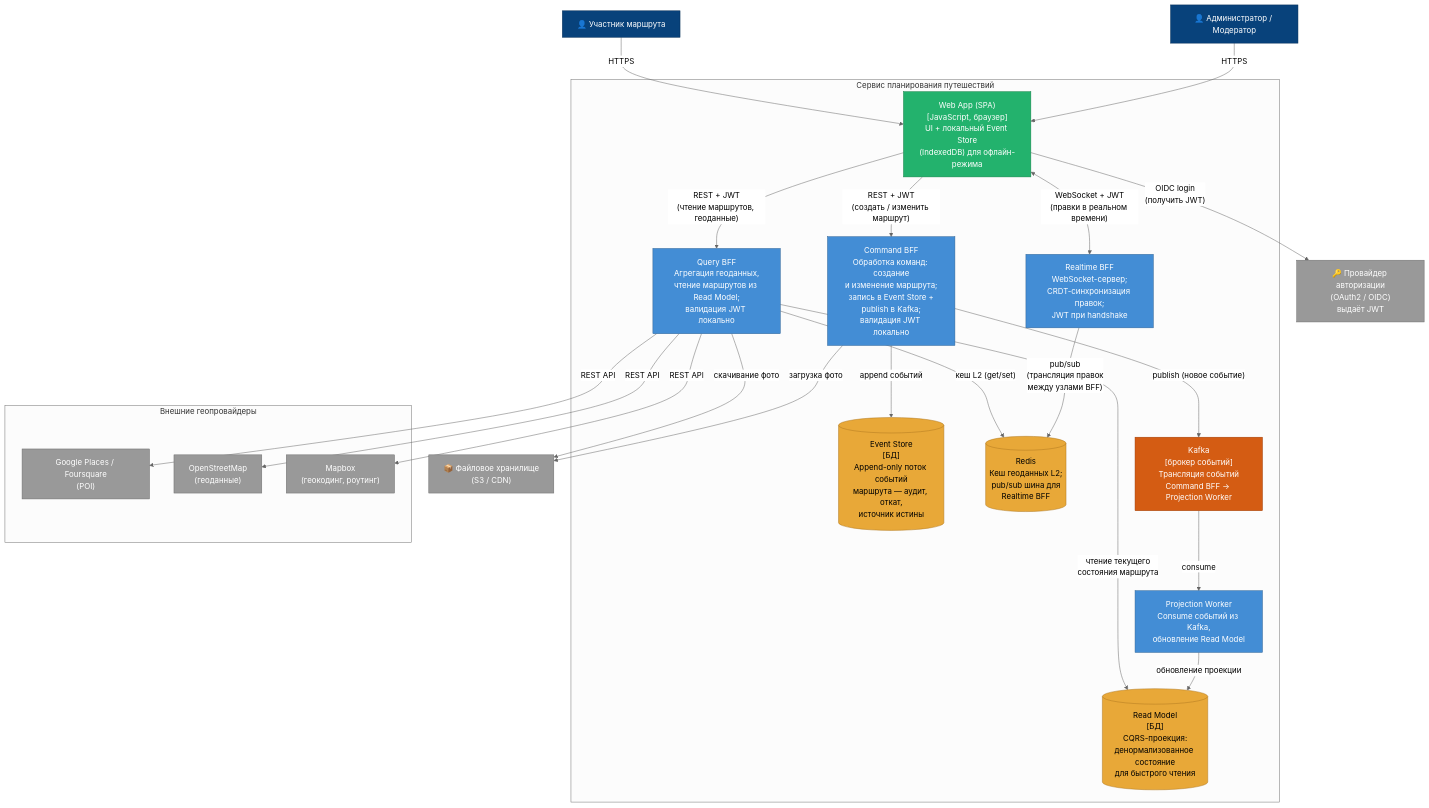
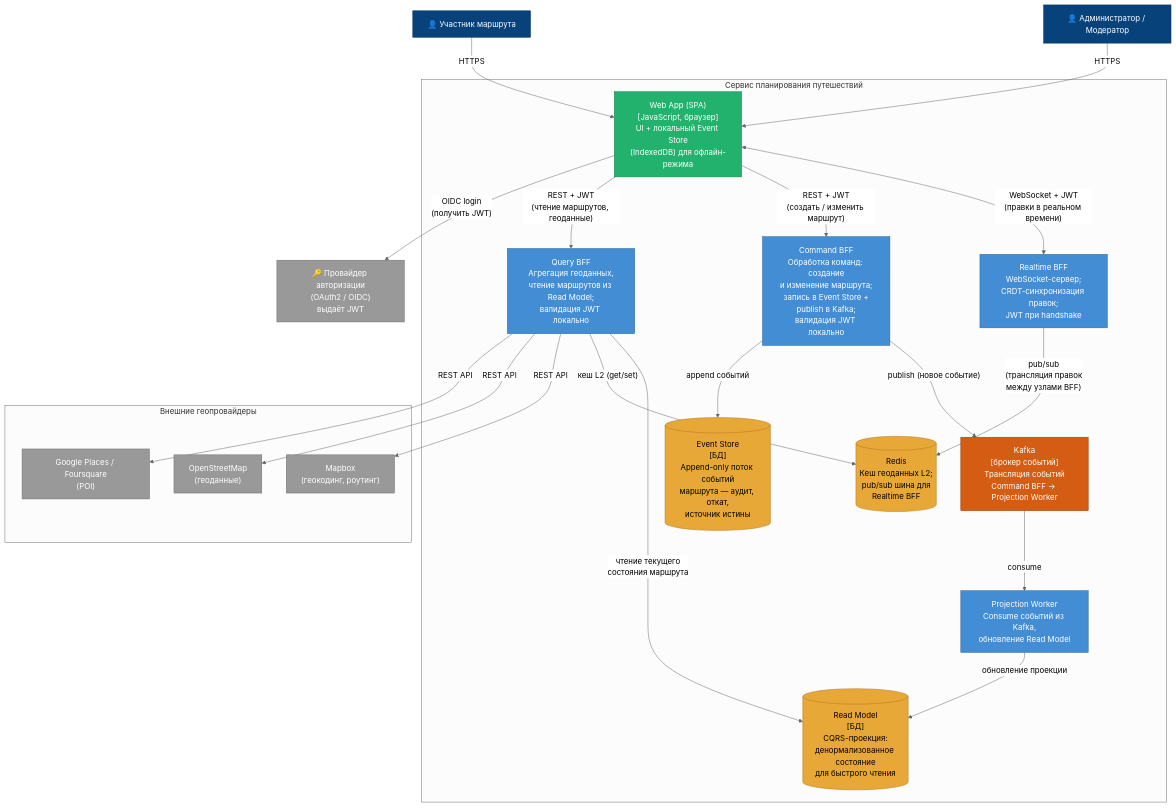
The diagram in docs/views/c4-container.md (SeGeGha/otus-architecture), drawn with Mermaid (neutral theme) before and after one commit. The commit also changed other lines of this file and 1 other file, not shown here.

Commit message:
docs: update c4-container and c4-context to remove references to storage

````diff
--- a/docs/views/c4-container.md
+++ b/docs/views/c4-container.md
@@ -7,71 +7,68 @@
 ```mermaid
 flowchart TB
     user["👤 Участник маршрута"]
     admin["👤 Администратор / Модератор"]
 
     subgraph system["Сервис планирования путешествий"]
         spa["Web App (SPA)\n[JavaScript, браузер]\nUI + локальный Event Store\n(IndexedDB) для офлайн-режима"]
 
         qbff["Query BFF\nАгрегация геоданных,\nчтение маршрутов из Read Model;\nвалидация JWT локально"]
 
         cbff["Command BFF\nОбработка команд: создание\nи изменение маршрута;\nзапись в Event Store +\npublish в Kafka;\nвалидация JWT локально"]
 
         projector["Projection Worker\nConsume событий из Kafka,\nобновление Read Model"]
 
         rbff["Realtime BFF\nWebSocket-сервер;\nCRDT-синхронизация правок;\nJWT при handshake"]
 
         eventstore[("Event Store\n[БД]\nAppend-only поток событий\nмаршрута — аудит, откат,\nисточник истины")]
 
         readmodel[("Read Model\n[БД]\nCQRS-проекция:\nденормализованное состояние\nдля быстрого чтения")]
 
         redis[("Redis\nКеш геоданных L2;\npub/sub шина для\nRealtime BFF")]
 
         kafka["Kafka\n[брокер событий]\nТрансляция событий\nCommand BFF → Projection Worker"]
     end
 
     subgraph geoproviders["Внешние геопровайдеры"]
         poi["Google Places / Foursquare\n(POI)"]
         osm["OpenStreetMap\n(геоданные)"]
         mapbox["Mapbox\n(геокодинг, роутинг)"]
     end
 
     idp["🔑 Провайдер авторизации\n(OAuth2 / OIDC)\nвыдаёт JWT"]
-    storage["📦 Файловое хранилище\n(S3 / CDN)"]
 
     user -->|"HTTPS"| spa
     admin -->|"HTTPS"| spa
 
     spa -->|"OIDC login\n(получить JWT)"| idp
     spa -->|"REST + JWT\n(чтение маршрутов, геоданные)"| qbff
     spa -->|"REST + JWT\n(создать / изменить маршрут)"| cbff
     spa <-->|"WebSocket + JWT\n(правки в реальном времени)"| rbff
 
     qbff -->|"REST API"| poi
     qbff -->|"REST API"| osm
     qbff -->|"REST API"| mapbox
     qbff -->|"кеш L2 (get/set)"| redis
     qbff -->|"чтение текущего\nсостояния маршрута"| readmodel
-    qbff -->|"скачивание фото"| storage
 
     cbff -->|"append событий"| eventstore
     cbff -->|"publish (новое событие)"| kafka
-    cbff -->|"загрузка фото"| storage
 
     kafka -->|"consume"| projector
     projector -->|"обновление проекции"| readmodel
 
     rbff -->|"pub/sub\n(трансляция правок\nмежду узлами BFF)"| redis
 
     classDef app fill:#438dd5,stroke:#2e6295,color:#ffffff;
     classDef spa fill:#23b26d,stroke:#178049,color:#ffffff;
     classDef db fill:#e8a838,stroke:#b07820,color:#000000;
     classDef broker fill:#d45c13,stroke:#a03a00,color:#ffffff;
     classDef external fill:#999999,stroke:#6b6b6b,color:#ffffff;
     classDef person fill:#08427b,stroke:#052e56,color:#ffffff;
     class qbff,cbff,rbff,projector app;
     class spa spa;
     class eventstore,readmodel,redis db;
     class kafka broker;
     class user,admin person;
-    class poi,osm,mapbox,idp,storage external;
+    class poi,osm,mapbox,idp external;
 ```
````
